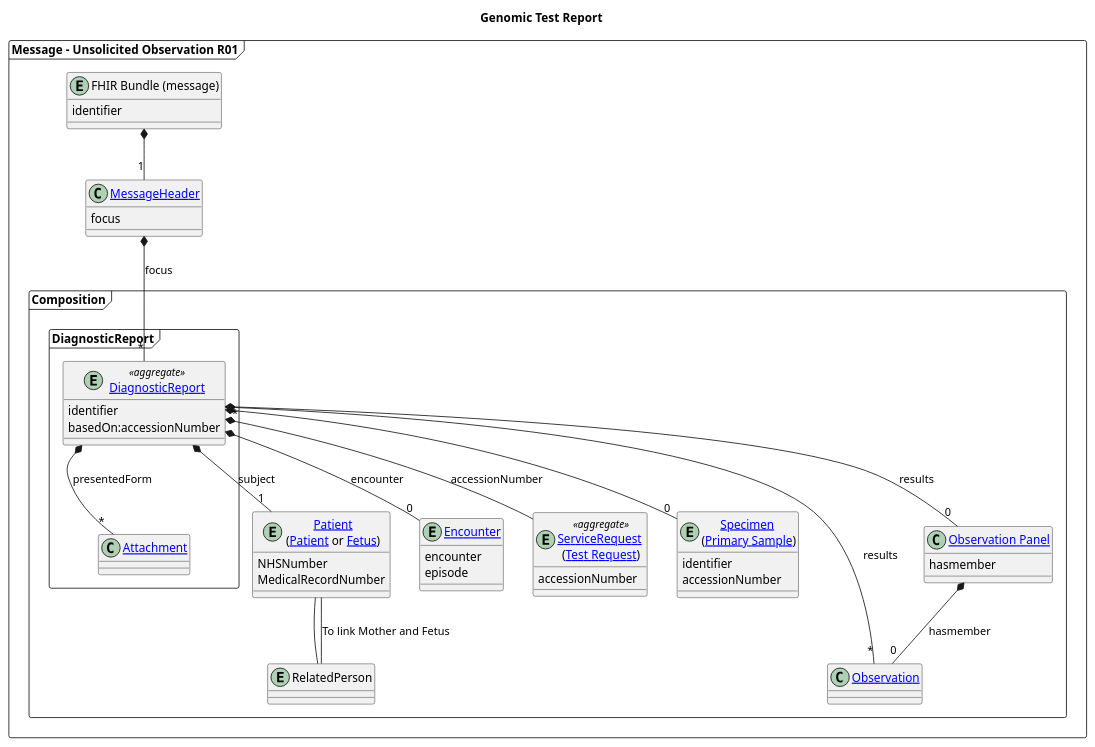
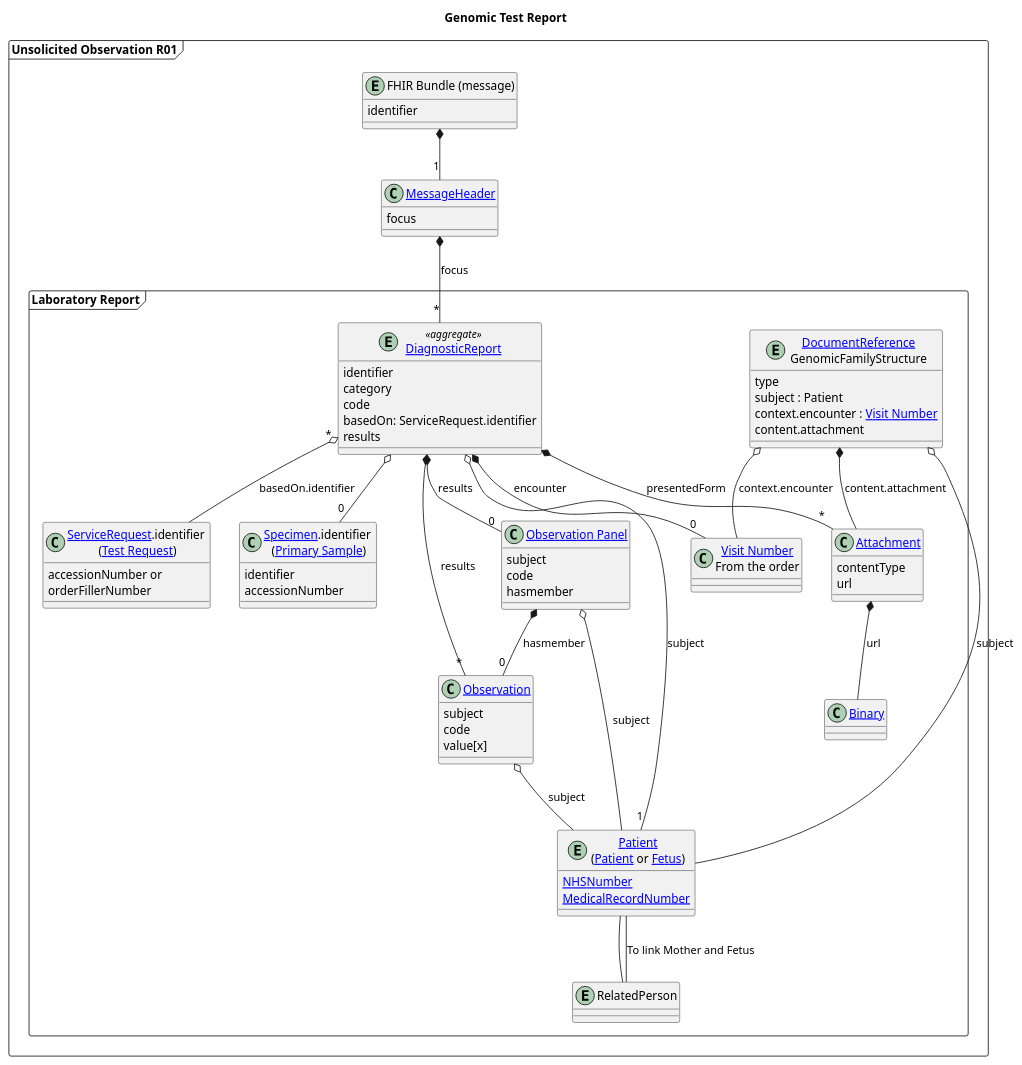
The diagram in input/images-source/reports-model.plantuml (nw-gmsa/nw-gmsa.github.com), drawn with PlantUML before and after one commit. The commit also changed 2 other files, not shown here.

Commit message:
Added BPMN diagrams for use cases

```diff
--- a/input/images-source/reports-model.plantuml
+++ b/input/images-source/reports-model.plantuml
@@ -1,72 +1,96 @@
 @startuml
 
 skinparam svgDimensionStyle false
 
 title "Genomic Test Report"
 
-frame "Message - Unsolicited Observation R01" as Message {
+frame "Unsolicited Observation R01" as Message {
 
 entity "FHIR Bundle (message)" as oru {
 identifier
 }
 
 class "[[StructureDefinition-MessageHeader.html MessageHeader]]" as MSH {
  focus
 }
 
-  frame Composition {
+  frame "Laboratory Report" as Composition {
      entity "[[StructureDefinition-Patient.html Patient]]\n([[https://simplifier.net/guide/fhir-genomics-implementation-guide/Home/Design/Clinicalheadings#Patient Patient]] or [[https://simplifier.net/guide/fhir-genomics-implementation-guide/Home/Design/Clinicalheadings#Fetus Fetus]])" as PID {
-    NHSNumber
-    MedicalRecordNumber
+    [[StructureDefinition-NHSNumber.html NHSNumber]]
+    [[StructureDefinition-MedicalRecordNumber.html MedicalRecordNumber]]
     }
 
-    entity "[[StructureDefinition-Encounter.html Encounter]]" as PV1 {
-    encounter
-    episode
+    class "[[StructureDefinition-VisitNumber.html Visit Number]]\nFrom the order" as PV1 {
     }
 
-    entity "[[StructureDefinition-ServiceRequest.html ServiceRequest]] \n([[https://simplifier.net/guide/fhir-genomics-implementation-guide/Home/Design/Clinicalheadings#Test-Request Test Request]])" as ORC <<aggregate>> {
-      accessionNumber
+    class "[[StructureDefinition-ServiceRequest.html ServiceRequest]].identifier \n([[https://simplifier.net/guide/fhir-genomics-implementation-guide/Home/Design/Clinicalheadings#Test-Request Test Request]])" as ORC {
+      accessionNumber or
+      orderFillerNumber
     }
 
-    entity "[[StructureDefinition-Specimen.html Specimen]] \n([[https://simplifier.net/guide/fhir-genomics-implementation-guide/Home/Design/Clinicalheadings#Primary-Sample Primary Sample]])" as SPM {
+    class "[[StructureDefinition-Specimen.html Specimen]].identifier \n([[https://simplifier.net/guide/fhir-genomics-implementation-guide/Home/Design/Clinicalheadings#Primary-Sample Primary Sample]])" as SPM {
     identifier
     accessionNumber
     }
 
    class "[[StructureDefinition-Observation.html Observation]]" as OBX {
+     subject
+     code
+     value[x]
       }
 
 
       class "[[StructureDefinition-Observation-Panel.html Observation Panel]]" as panel {
+      subject
+      code
       hasmember
       }
 
+   entity "[[StructureDefinition-DocumentReference.html DocumentReference]]\nGenomicFamilyStructure" as documentReference {
+           type
+           subject : Patient
+           context.encounter : [[StructureDefinition-VisitNumber.html Visit Number]]
+          content.attachment
+        }
 
-    frame DiagnosticReport {
+
     entity "[[StructureDefinition-DiagnosticReport.html DiagnosticReport]]" as OBR <<aggregate>> {
          identifier
-         basedOn:accessionNumber
+         category
+         code
+         basedOn: ServiceRequest.identifier
+         results
     }
-    class "[[StructureDefinition-Attachment.html Attachment]]" as OBX2
+    class "[[StructureDefinition-Attachment.html Attachment]]" as OBX2 {
+    contentType
+    url
+    }
+    class "[[StructureDefinition-Binary.html Binary]]" as binary
 
-    }
+
     entity "RelatedPerson" as NK1
 
      panel *-d- "0" OBX: hasmember
   }
 }
 
 oru *-d- "1" MSH
 MSH *-d- "*" OBR: focus
-OBR *-- "0" SPM
-OBR "*" *--  ORC : accessionNumber
-OBR *-- "1" PID : subject
+OBR o-- "0" SPM
+OBR "*" o--  ORC : basedOn.identifier
+OBR o-- "1" PID : subject
 OBR *-- "0" PV1 : encounter
 OBR *-- "*" OBX : results
 OBR *-- "0" panel: results
 OBR *-- "*" OBX2: presentedForm
 NK1 -- PID : To link Mother and Fetus
 PID -- NK1
 
+OBX o-- PID: subject
+panel o-- PID: subject
+documentReference o-- PID: subject
+documentReference *-- OBX2: content.attachment
+documentReference o-- PV1: context.encounter
+OBX2 *-- binary : url
+
 @enduml
```
